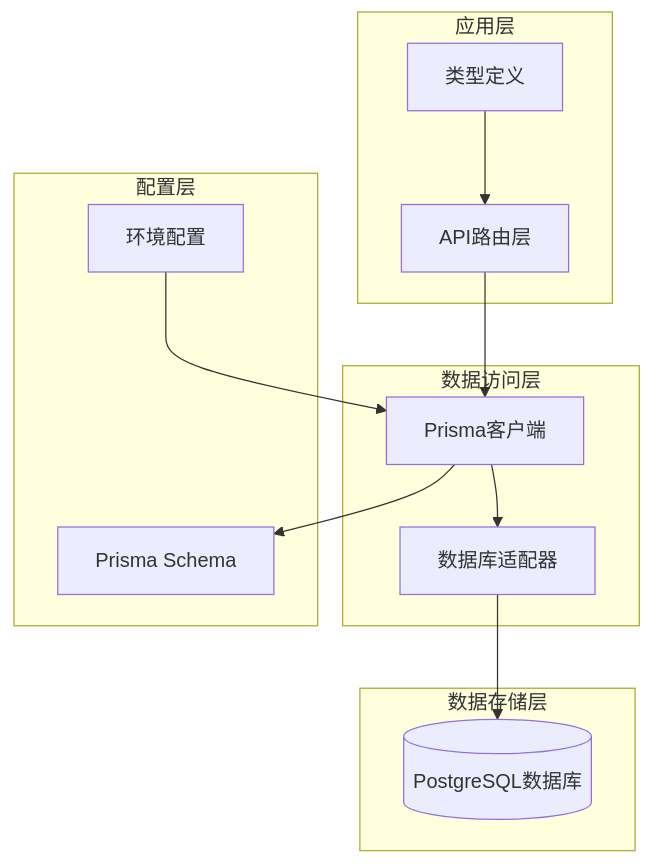
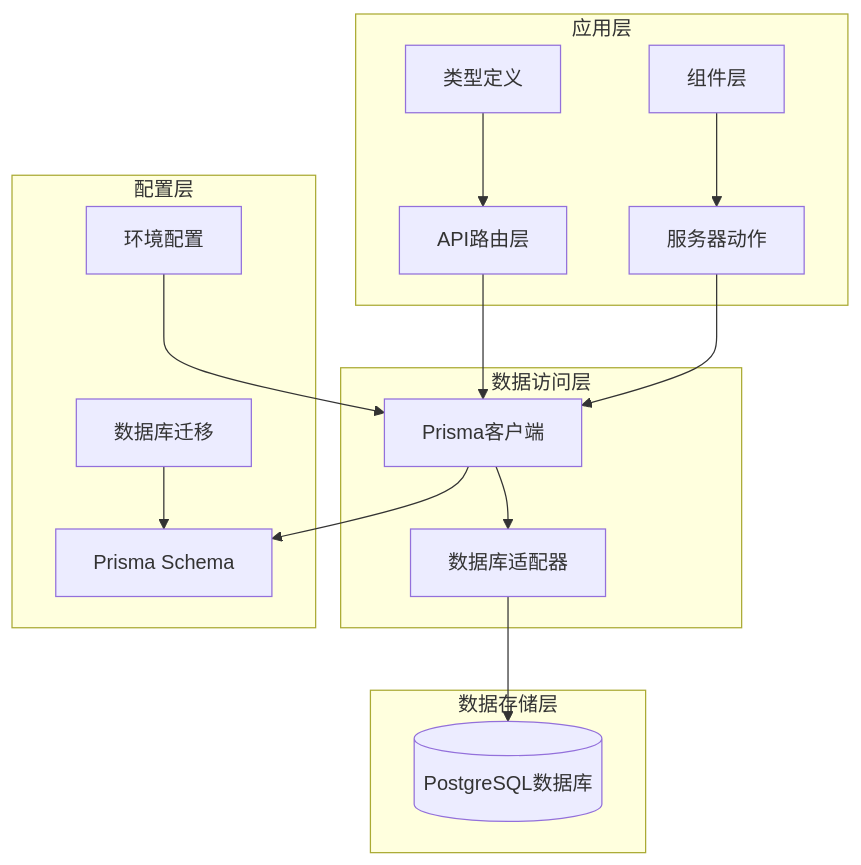
One commit to three3638-arch/celestia_2b changed the first of 11 diagrams in .qoder/repowiki/zh/content/架构设计/数据架构设计.md. Above: the diagram before and after it, drawn with Mermaid. The commit also changed other lines of this file and 17 other files, not shown here.

````diff
--- a/.qoder/repowiki/zh/content/架构设计/数据架构设计.md
+++ b/.qoder/repowiki/zh/content/架构设计/数据架构设计.md
@@ -35,24 +53,30 @@
 ```mermaid
 graph TB
 subgraph "应用层"
 API[API路由层]
 Types[类型定义]
+Components[组件层]
+Actions[服务器动作]
 end
 subgraph "数据访问层"
 PrismaClient[Prisma客户端]
 DBAdapter[数据库适配器]
 end
 subgraph "数据存储层"
 PostgreSQL[(PostgreSQL数据库)]
 end
 subgraph "配置层"
 PrismaSchema[Prisma Schema]
 Config[环境配置]
+Migrations[数据库迁移]
 end
 API --> PrismaClient
 Types --> API
+Components --> Actions
+Actions --> PrismaClient
 PrismaClient --> DBAdapter
 DBAdapter --> PostgreSQL
 PrismaClient --> PrismaSchema
 Config --> PrismaClient
+Migrations --> PrismaSchema
 ```
````
